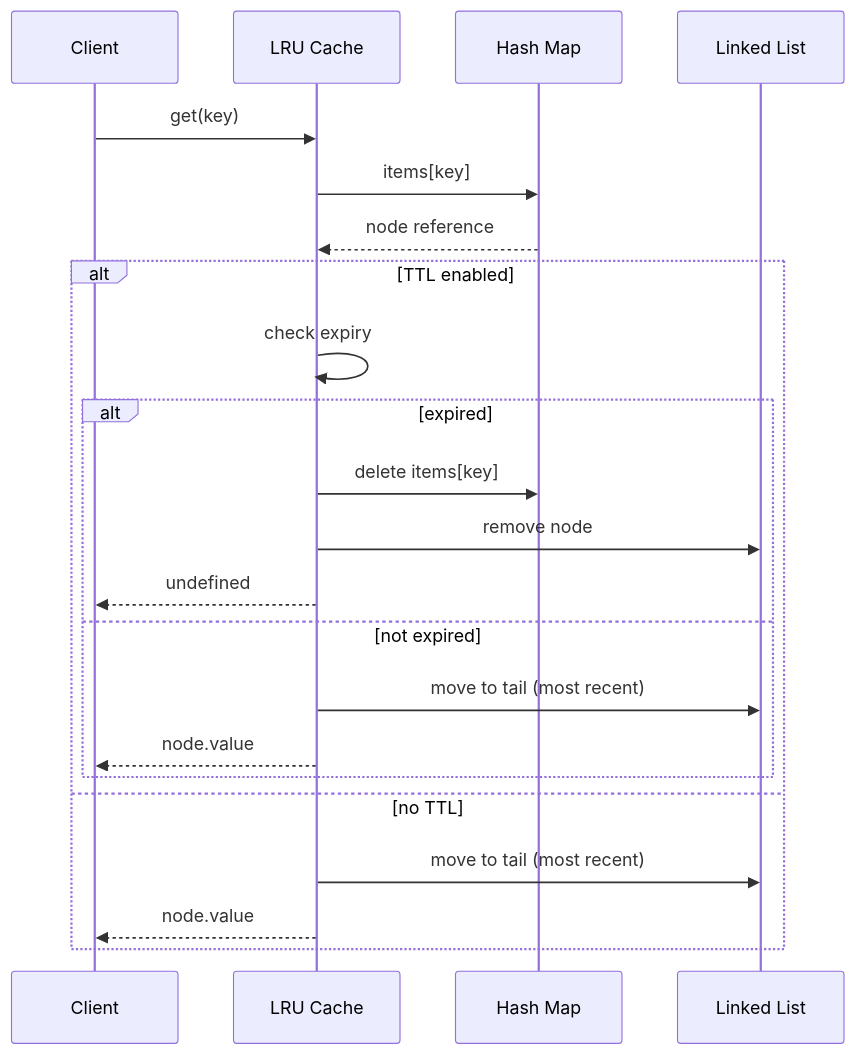
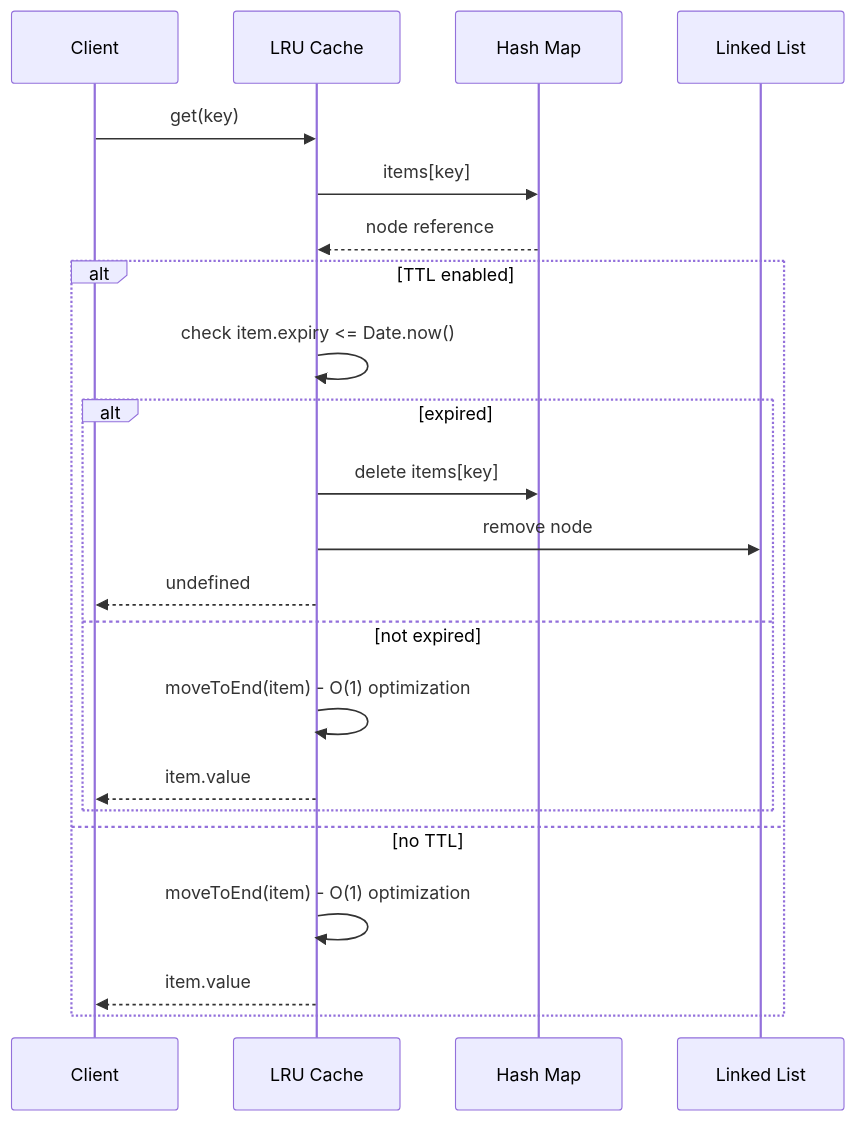
Before and after one commit to avoidwork/tiny-lru: the second of 5 diagrams in docs/TECHNICAL_DOCUMENTATION.md, drawn with Mermaid. The commit also changed other lines of this file and 15 other files, not shown here.

````diff
--- a/docs/TECHNICAL_DOCUMENTATION.md
+++ b/docs/TECHNICAL_DOCUMENTATION.md
@@ -55,26 +64,26 @@
 ```mermaid
 sequenceDiagram
     participant Client
     participant LRU as LRU Cache
     participant HashMap as Hash Map
     participant LinkedList as Linked List
     
     Client->>LRU: get(key)
     LRU->>HashMap: items[key]
     HashMap-->>LRU: node reference
     
     alt TTL enabled
-        LRU->>LRU: check expiry
+        LRU->>LRU: check item.expiry <= Date.now()
         alt expired
             LRU->>HashMap: delete items[key]
             LRU->>LinkedList: remove node
             LRU-->>Client: undefined
         else not expired
-            LRU->>LinkedList: move to tail (most recent)
-            LRU-->>Client: node.value
+            LRU->>LRU: moveToEnd(item) - O(1) optimization
+            LRU-->>Client: item.value
         end
     else no TTL
-        LRU->>LinkedList: move to tail (most recent)
-        LRU-->>Client: node.value
+        LRU->>LRU: moveToEnd(item) - O(1) optimization
+        LRU-->>Client: item.value
     end
 ```
````
